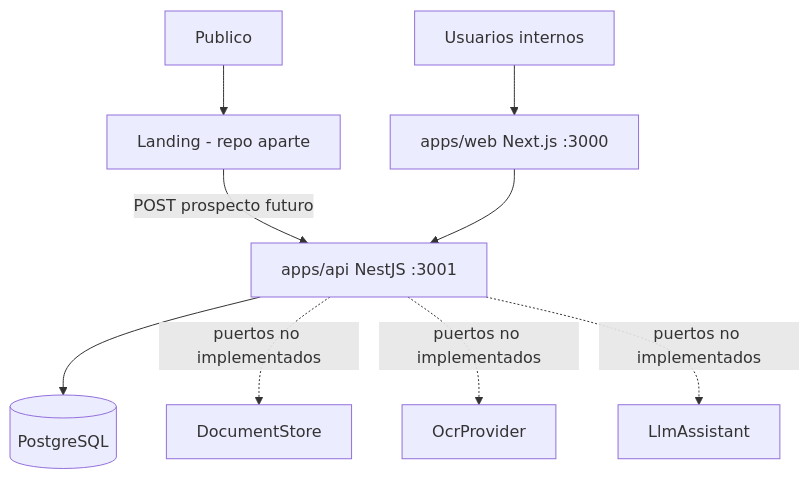
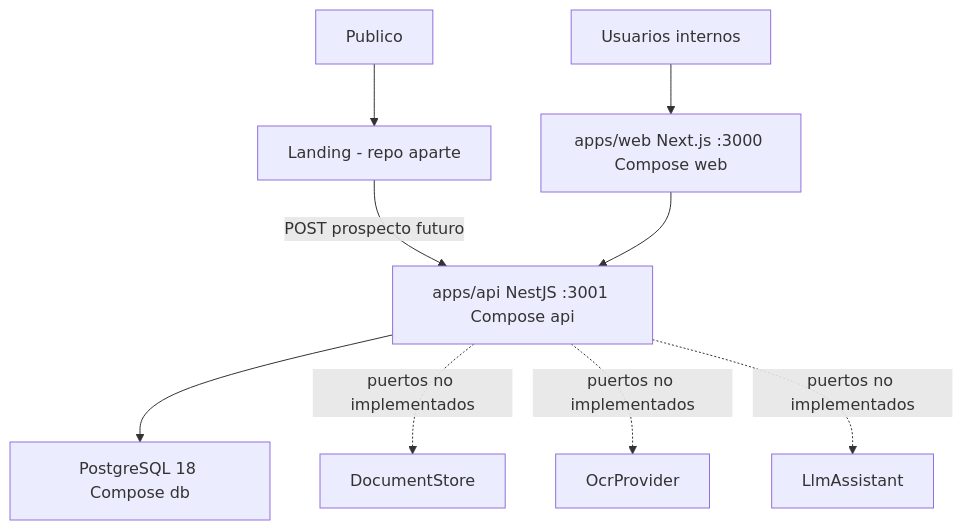
Before and after one commit to derekCmorales/Sistema-Evaluacion-CRECE-R.L.: the diagram in docs/diagramas/04-contenedores.md, drawn with Mermaid. The commit also changed 19 other files, not shown here.

````diff
--- a/docs/diagramas/04-contenedores.md
+++ b/docs/diagramas/04-contenedores.md
@@ -5,11 +5,11 @@
 ```mermaid
 flowchart TB
   Publico --> Landing[Landing - repo aparte]
-  Internos[Usuarios internos] --> Web["apps/web Next.js :3000"]
-  Landing -->|POST prospecto futuro| API["apps/api NestJS :3001"]
+  Internos[Usuarios internos] --> Web["apps/web Next.js :3000 Compose web"]
+  Landing -->|POST prospecto futuro| API["apps/api NestJS :3001 Compose api"]
   Web --> API
-  API --> DB[(PostgreSQL)]
+  API --> DB["PostgreSQL 18 Compose db"]
   API -.->|puertos no implementados| R2[DocumentStore]
   API -.->|puertos no implementados| OCR[OcrProvider]
   API -.->|puertos no implementados| LLM[LlmAssistant]
 ```
````
